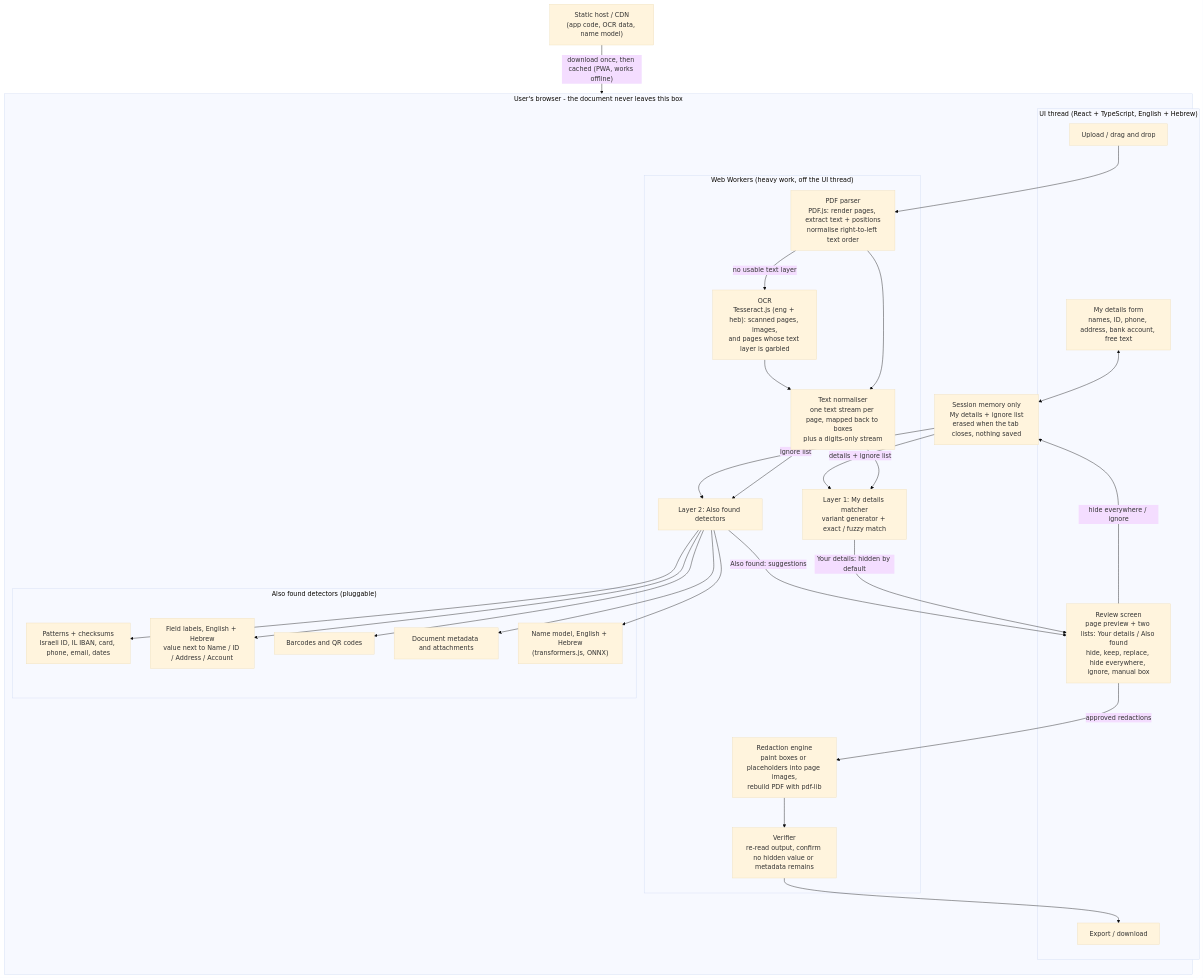
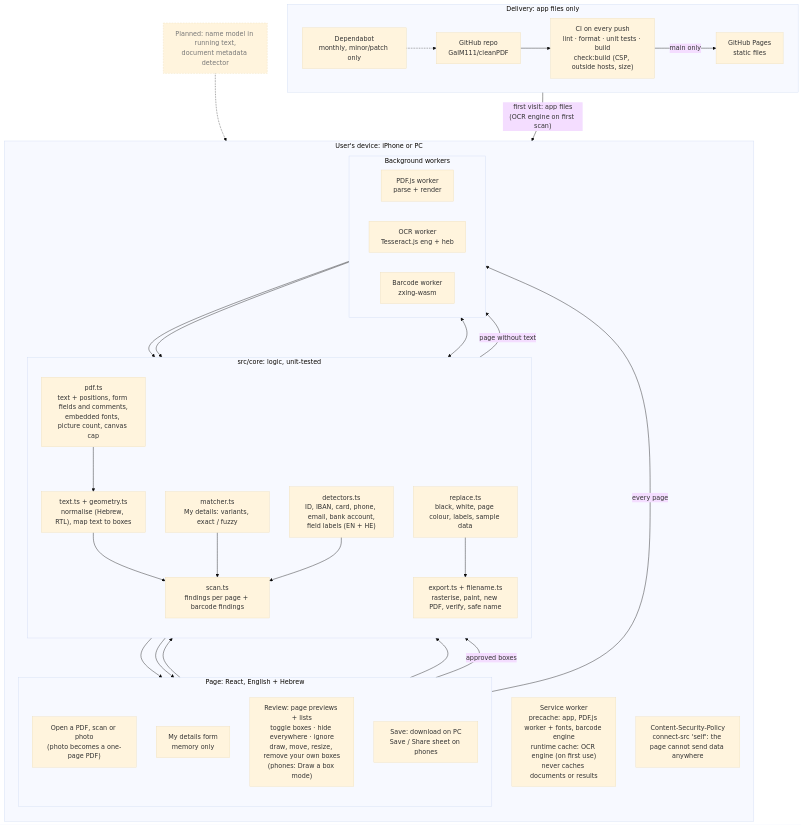
Before and after one commit to GalM111/cleanPDF: the diagram in docs/architecture.mmd, drawn with Mermaid (base theme). The commit also changed 19 other files, not shown here.

First line of the commit message:
Phone scrolling, editable boxes, barcode and QR detection, architecture docs

```diff
--- a/docs/architecture.mmd
+++ b/docs/architecture.mmd
@@ -1,57 +1,60 @@
-%% Component architecture: everything runs on the user's device, no backend.
+%% cleanPDF architecture as built. Everything that touches the document runs on
+%% the user's device; GitHub only serves the app's own files.
 flowchart TB
-    Host["Static host / CDN<br/>(app code, OCR data, name model)"]
+    subgraph Delivery["Delivery: app files only"]
+        direction LR
+        Repo["GitHub repo<br/>GalM111/cleanPDF"] --> CI["CI on every push<br/>lint · format · unit tests · build<br/>check:build (CSP, outside hosts, size)"]
+        CI -- "main only" --> Pages["GitHub Pages<br/>static files"]
+        Bot["Dependabot<br/>monthly, minor/patch only"] -.-> Repo
+    end
 
-    subgraph Device["User's browser - the document never leaves this box"]
+    Pages -- "first visit: app files<br/>(OCR engine on first scan)" --> SW
+
+    subgraph Device["User's device: iPhone or PC"]
         direction TB
+        SW["Service worker<br/>precache: app, PDF.js worker + fonts, barcode engine<br/>runtime cache: OCR engine (on first use)<br/>never caches documents or results"]
+        CSP["Content-Security-Policy<br/>connect-src 'self': the page cannot send data anywhere"]
 
-        subgraph UI["UI thread (React + TypeScript, English + Hebrew)"]
-            Profile["My details form<br/>names, ID, phone, address, bank account, free text"]
-            Upload["Upload / drag and drop"]
-            Review["Review screen<br/>page preview + two lists: Your details / Also found<br/>hide, keep, replace, hide everywhere, ignore, manual box"]
-            Export["Export / download"]
+        subgraph UI["Page: React, English + Hebrew"]
+            direction TB
+            Load["Open a PDF, scan or photo<br/>(photo becomes a one-page PDF)"]
+            Details["My details form<br/>memory only"]
+            Review["Review: page previews + lists<br/>toggle boxes · hide everywhere · ignore<br/>draw, move, resize, remove your own boxes<br/>(phones: Draw a box mode)"]
+            Save["Save: download on PC<br/>Save / Share sheet on phones"]
         end
 
-        subgraph Workers["Web Workers (heavy work, off the UI thread)"]
-            Parse["PDF parser<br/>PDF.js: render pages, extract text + positions<br/>normalise right-to-left text order"]
-            OCR["OCR<br/>Tesseract.js (eng + heb): scanned pages, images,<br/>and pages whose text layer is garbled"]
-            Norm["Text normaliser<br/>one text stream per page, mapped back to boxes<br/>plus a digits-only stream"]
-            Matcher["Layer 1: My details matcher<br/>variant generator + exact / fuzzy match"]
-            Detect["Layer 2: Also found detectors"]
-            Redact["Redaction engine<br/>paint boxes or placeholders into page images,<br/>rebuild PDF with pdf-lib"]
-            Verify["Verifier<br/>re-read output, confirm no hidden value or metadata remains"]
+        subgraph Core["src/core: logic, unit-tested"]
+            direction TB
+            PDF["pdf.ts<br/>text + positions, form fields and comments,<br/>embedded fonts, picture count, canvas cap"]
+            Text["text.ts + geometry.ts<br/>normalise (Hebrew, RTL), map text to boxes"]
+            Match["matcher.ts<br/>My details: variants, exact / fuzzy"]
+            Detect["detectors.ts<br/>ID, IBAN, card, phone, email, bank account,<br/>field labels (EN + HE)"]
+            Scan["scan.ts<br/>findings per page + barcode findings"]
+            Replace["replace.ts<br/>black, white, page colour, labels, sample data"]
+            Export["export.ts + filename.ts<br/>rasterise, paint, new PDF, verify, safe name"]
         end
 
-        subgraph Detectors["Also found detectors (pluggable)"]
-            Rules["Patterns + checksums<br/>Israeli ID, IL IBAN, card, phone, email, dates"]
-            Labels["Field labels, English + Hebrew<br/>value next to Name / ID / Address / Account"]
-            Codes["Barcodes and QR codes"]
-            Meta["Document metadata and attachments"]
-            NER["Name model, English + Hebrew<br/>(transformers.js, ONNX)"]
+        subgraph Workers["Background workers"]
+            direction LR
+            PDFW["PDF.js worker<br/>parse + render"]
+            OCRW["OCR worker<br/>Tesseract.js eng + heb"]
+            BCW["Barcode worker<br/>zxing-wasm"]
         end
-
-        Store["Session memory only<br/>My details + ignore list<br/>erased when the tab closes, nothing saved"]
     end
 
-    Host -- "download once, then cached (PWA, works offline)" --> Device
+    Load --> PDF
+    PDF <--> PDFW
+    PDF -- "page without text" --> OCRW
+    Load -- "every page" --> BCW
+    PDF --> Text --> Scan
+    OCRW --> Text
+    BCW --> Scan
+    Details --> Match
+    Match --> Scan
+    Detect --> Scan
+    Scan --> Review
+    Review -- "approved boxes" --> Replace --> Export --> Save
 
-    Profile <--> Store
-    Upload --> Parse
-    Parse -- "no usable text layer" --> OCR
-    Parse --> Norm
-    OCR --> Norm
-    Norm --> Matcher
-    Norm --> Detect
-    Store -- "details + ignore list" --> Matcher
-    Store -- "ignore list" --> Detect
-    Detect --> Rules
-    Detect --> Labels
-    Detect --> Codes
-    Detect --> Meta
-    Detect --> NER
-    Matcher -- "Your details: hidden by default" --> Review
-    Detect -- "Also found: suggestions" --> Review
-    Review -- "hide everywhere / ignore" --> Store
-    Review -- "approved redactions" --> Redact
-    Redact --> Verify
-    Verify --> Export
+    Planned["Planned: name model in running text,<br/>document metadata detector"]:::planned -.-> Scan
+
+    classDef planned stroke-dasharray: 4 3,color:#777
```
